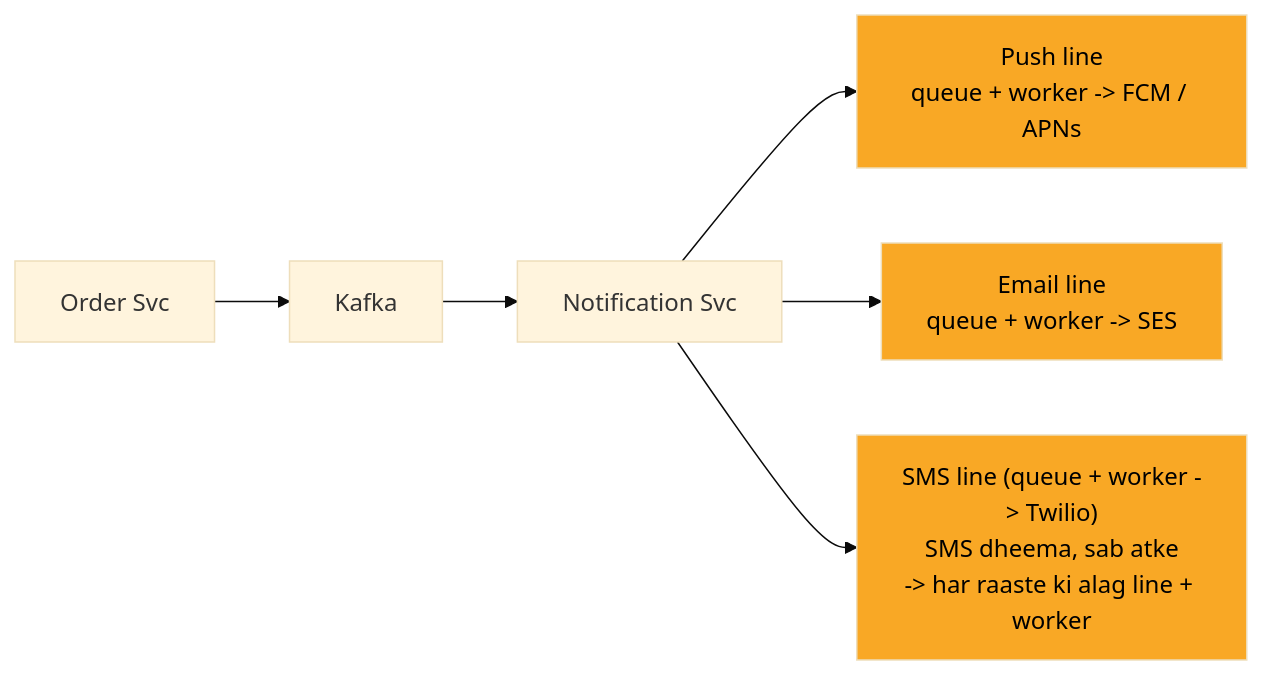
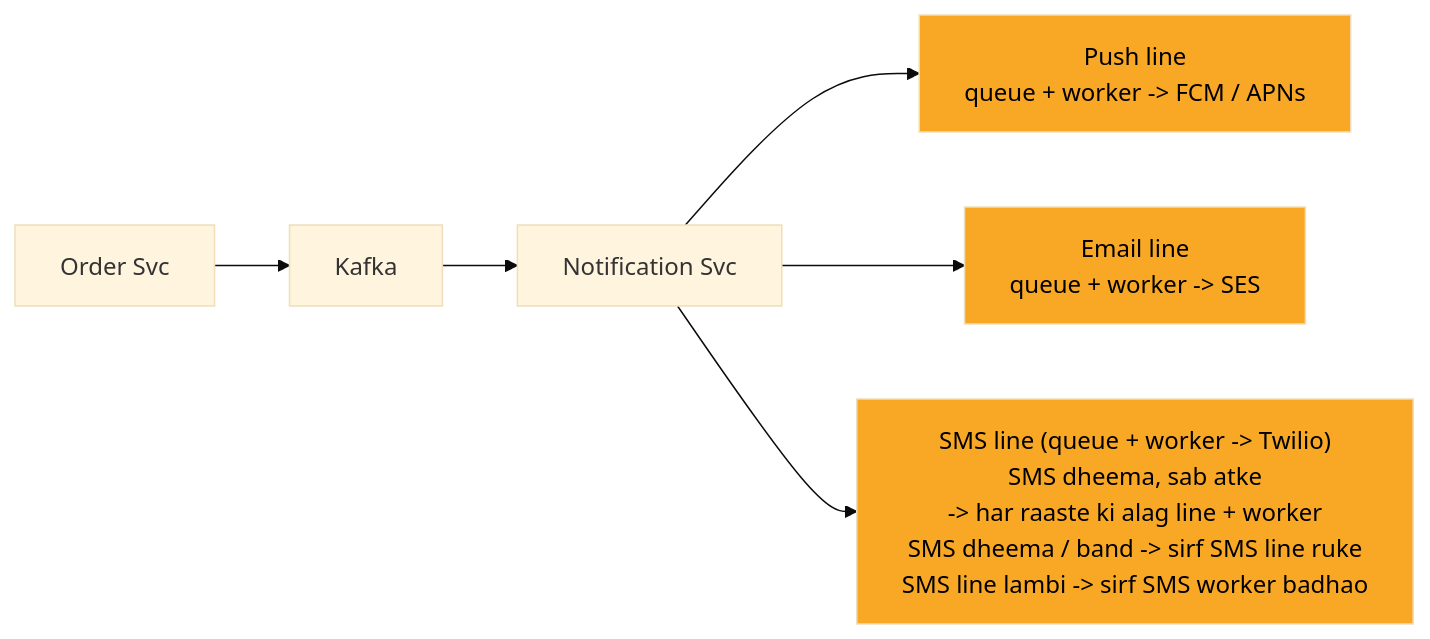
The third of 13 diagrams in 04_HLD/SYSTEM_DESIGNS/04_notification_system/04_notification_system.md (ArpanMaheshwari144/Prep), drawn with Mermaid (base theme) before and after one commit. The commit also changed other lines of this file and 12 other files, not shown here.

Commit message:
hld 02-14: peele dabbe me SAFAR ke mod + diagram chauda (wrappingWidth 450)

````diff
--- a/04_HLD/SYSTEM_DESIGNS/04_notification_system/04_notification_system.md
+++ b/04_HLD/SYSTEM_DESIGNS/04_notification_system/04_notification_system.md
@@ -138,17 +140,18 @@
 ```mermaid
+%%{init: {"flowchart": {"wrappingWidth": 450}}}%%
 flowchart LR
     n_Order_Svc["Order Svc"]
     n_Kafka["Kafka"]
     n_Notification_Svc["Notification Svc"]
     n_PUSH["Push line<br/>queue + worker -> FCM / APNs"]
     n_EMAIL["Email line<br/>queue + worker -> SES"]
-    n_SMSL["SMS line (queue + worker -> Twilio)<br/>SMS dheema, sab atke<br/>-> har raaste ki alag line + worker"]
+    n_SMSL["SMS line (queue + worker -> Twilio)<br/>SMS dheema, sab atke<br/>-> har raaste ki alag line + worker<br/>SMS dheema / band -> sirf SMS line ruke<br/>SMS line lambi -> sirf SMS worker badhao"]
     n_Order_Svc --> n_Kafka
     n_Kafka --> n_Notification_Svc
     n_Notification_Svc --> n_PUSH
     n_Notification_Svc --> n_EMAIL
     n_Notification_Svc --> n_SMSL
     style n_PUSH fill:#f9a825,color:#000
     style n_EMAIL fill:#f9a825,color:#000
     style n_SMSL fill:#f9a825,color:#000
 ```
````
